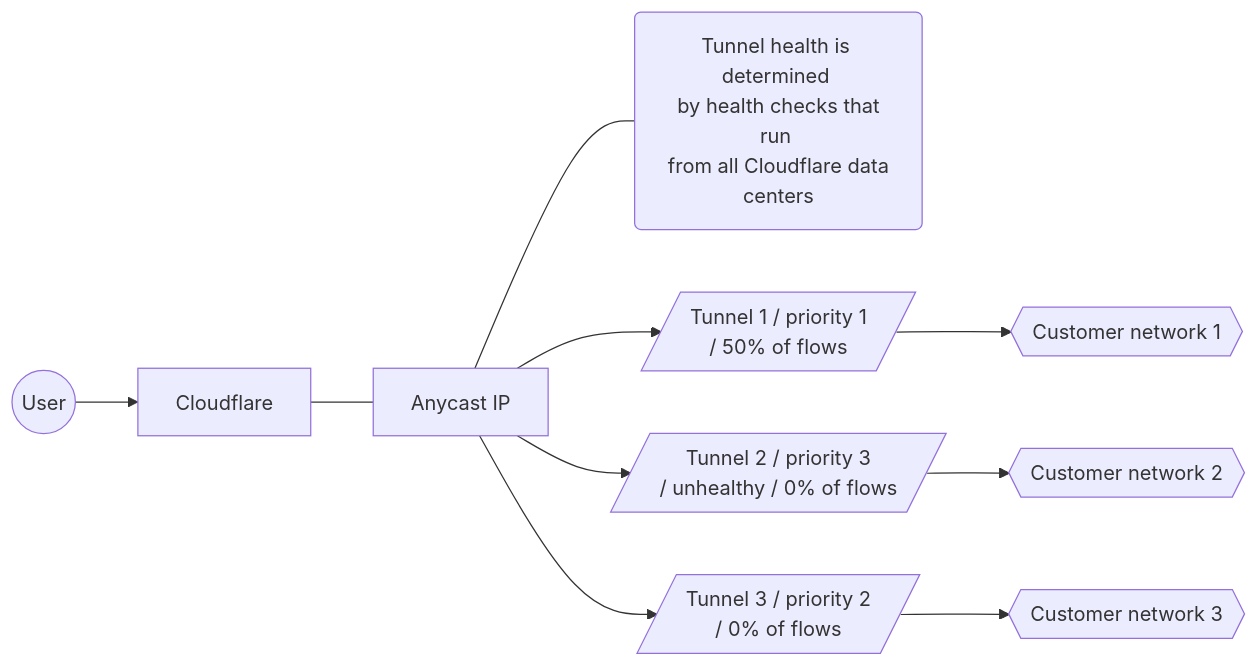
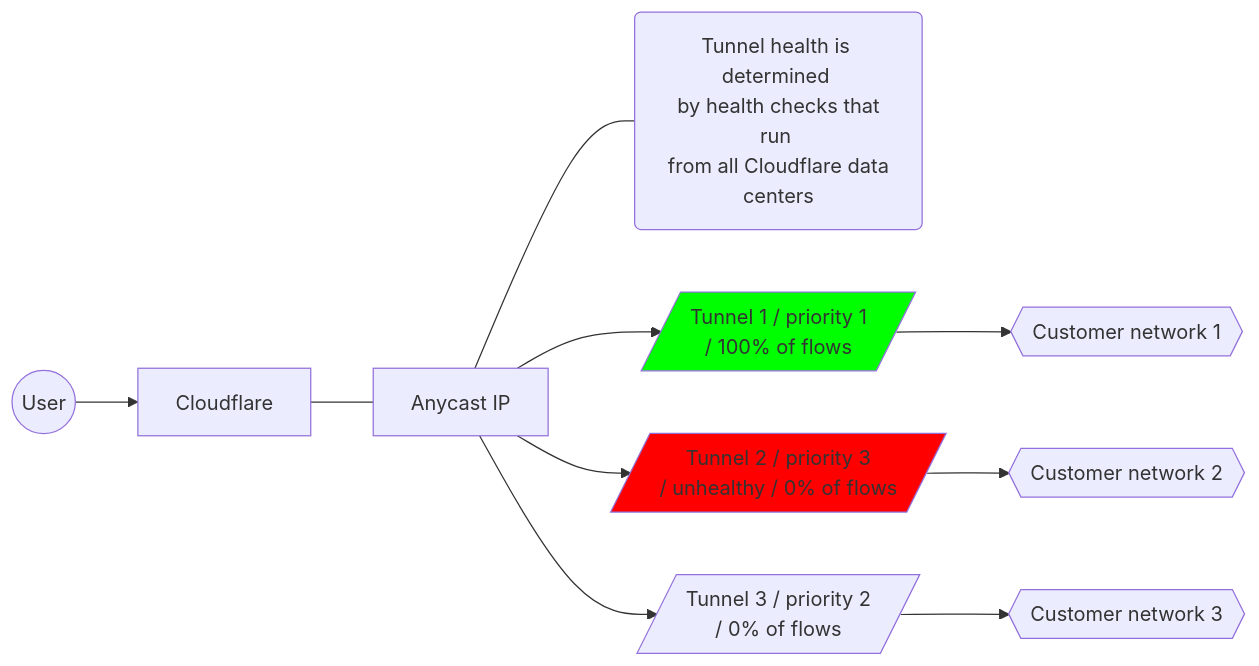
One commit to cloudflare/cloudflare-docs changed the third of 4 diagrams in content/magic-wan/reference/traffic-steering.md. Above: the diagram before and after it, drawn with Mermaid. The commit also changed other lines of this file, not shown here.

````diff
--- a/content/magic-wan/reference/traffic-steering.md
+++ b/content/magic-wan/reference/traffic-steering.md
@@ -71,9 +71,11 @@
 ```mermaid
 flowchart LR
+classDef red fill:#FF0000
+classDef green fill:#00FF00
 accTitle: Tunnels diagram
 accDescr: This example has Tunnel 2 unhealthy, and all traffic prioritized to Tunnel 1.
 A((User)) --> B[Cloudflare] --- C[Anycast IP] --- D(Tunnel health is determined <br> by health checks that run <br> from all Cloudflare data centers)
-C[Anycast IP] --> E[/Tunnel 1 / priority 1 <br> / 50% of flows/] --> H{{Customer network 1}}
-C[Anycast IP] --> F[/Tunnel 2 / priority 3 <br> / unhealthy / 0% of flows/] --> I{{Customer network 2}}
+C[Anycast IP] --> E[/Tunnel 1 / priority 1 <br> / 100% of flows/]:::green --> H{{Customer network 1}}
+C[Anycast IP] --> F[/Tunnel 2 / priority 3 <br> / unhealthy / 0% of flows/]:::red --> I{{Customer network 2}}
 C[Anycast IP] --> G[/Tunnel 3 / priority 2 <br> / 0% of flows/] --> J{{Customer network 3}}
 ```
````
